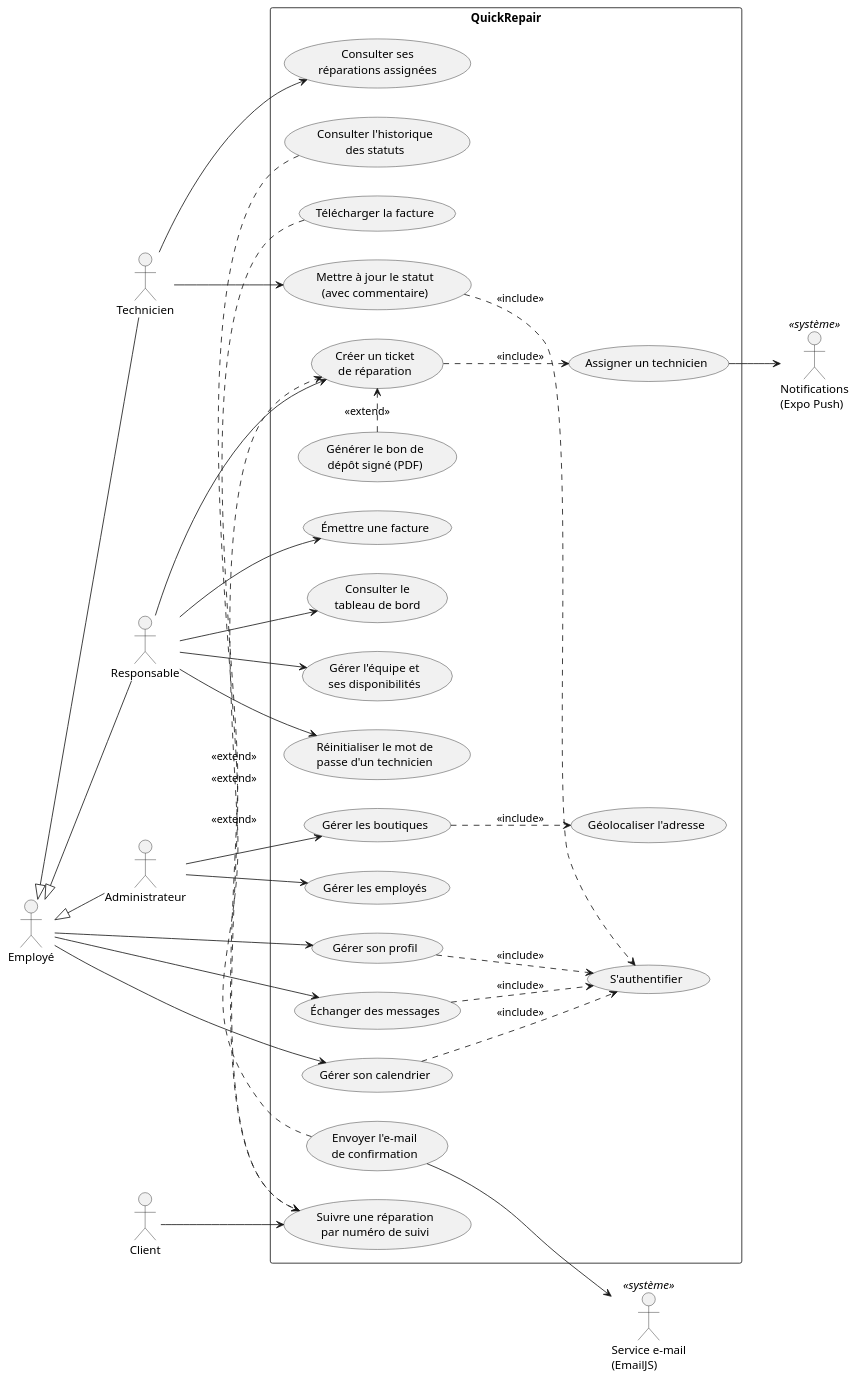
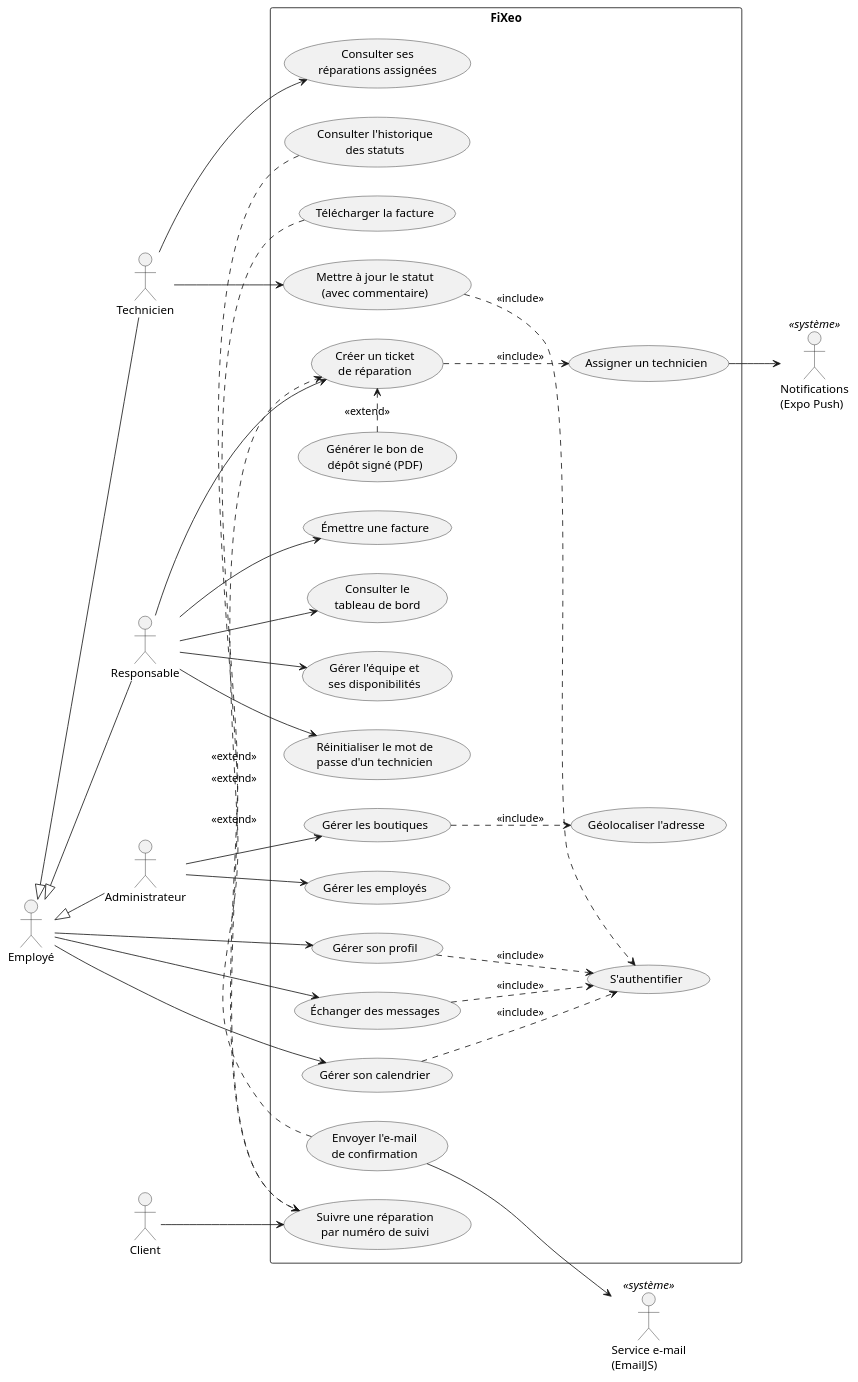
One commit to cdjohnson97/quickRepair_app changed the diagram in docs/diagrams/cas-utilisation.puml. Above: the diagram before and after it, drawn with PlantUML. The commit also changed 23 other files, not shown here.

First line of the commit message:
Renomme le projet QuickRepair en FiXeo

```diff
--- a/docs/diagrams/cas-utilisation.puml
+++ b/docs/diagrams/cas-utilisation.puml
@@ -1,73 +1,73 @@
-@startuml UseCase_QuickRepair
+@startuml UseCase_FiXeo
 left to right direction
 skinparam packageStyle rectangle
 
 actor "Client" as Client
 actor "Employé" as Employe
 actor "Technicien" as Tech
 actor "Responsable" as Resp
 actor "Administrateur" as Admin
 actor "Service e-mail\n(EmailJS)" as Mail <<système>>
 actor "Notifications\n(Expo Push)" as Push <<système>>
 
 Tech -up-|> Employe
 Resp -up-|> Employe
 Admin -up-|> Employe
 
-rectangle "QuickRepair" {
+rectangle "FiXeo" {
   usecase "Suivre une réparation\npar numéro de suivi" as UC_Suivi
   usecase "Consulter l'historique\ndes statuts" as UC_HistoClient
   usecase "Télécharger la facture" as UC_DlFacture
 
   usecase "S'authentifier" as UC_Auth
   usecase "Gérer son profil" as UC_Profil
   usecase "Échanger des messages" as UC_Msg
   usecase "Gérer son calendrier" as UC_Cal
 
   usecase "Consulter ses\nréparations assignées" as UC_MesRep
   usecase "Mettre à jour le statut\n(avec commentaire)" as UC_Statut
 
   usecase "Créer un ticket\nde réparation" as UC_Ticket
   usecase "Assigner un technicien" as UC_Assigner
   usecase "Générer le bon de\ndépôt signé (PDF)" as UC_Bon
   usecase "Envoyer l'e-mail\nde confirmation" as UC_Mail
   usecase "Émettre une facture" as UC_Facture
   usecase "Consulter le\ntableau de bord" as UC_Dash
   usecase "Gérer l'équipe et\nses disponibilités" as UC_Equipe
   usecase "Réinitialiser le mot de\npasse d'un technicien" as UC_Reset
 
   usecase "Gérer les boutiques" as UC_Boutique
   usecase "Géolocaliser l'adresse" as UC_Geo
   usecase "Gérer les employés" as UC_Employes
 }
 
 Client --> UC_Suivi
 UC_HistoClient .> UC_Suivi : <<extend>>
 UC_DlFacture .> UC_Suivi : <<extend>>
 
 Employe --> UC_Profil
 Employe --> UC_Msg
 Employe --> UC_Cal
 UC_Profil ..> UC_Auth : <<include>>
 UC_Msg ..> UC_Auth : <<include>>
 UC_Cal ..> UC_Auth : <<include>>
 
 Tech --> UC_MesRep
 Tech --> UC_Statut
 UC_Statut ..> UC_Auth : <<include>>
 
 Resp --> UC_Ticket
 Resp --> UC_Facture
 Resp --> UC_Dash
 Resp --> UC_Equipe
 Resp --> UC_Reset
 UC_Ticket ..> UC_Assigner : <<include>>
 UC_Bon .> UC_Ticket : <<extend>>
 UC_Mail .> UC_Ticket : <<extend>>
 UC_Mail --> Mail
 UC_Assigner --> Push
 
 Admin --> UC_Boutique
 Admin --> UC_Employes
 UC_Boutique ..> UC_Geo : <<include>>
 @enduml
```
